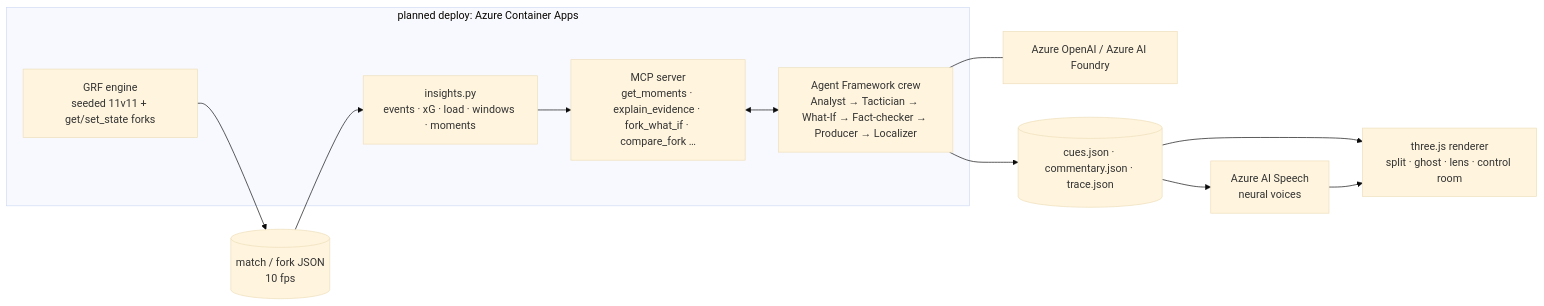
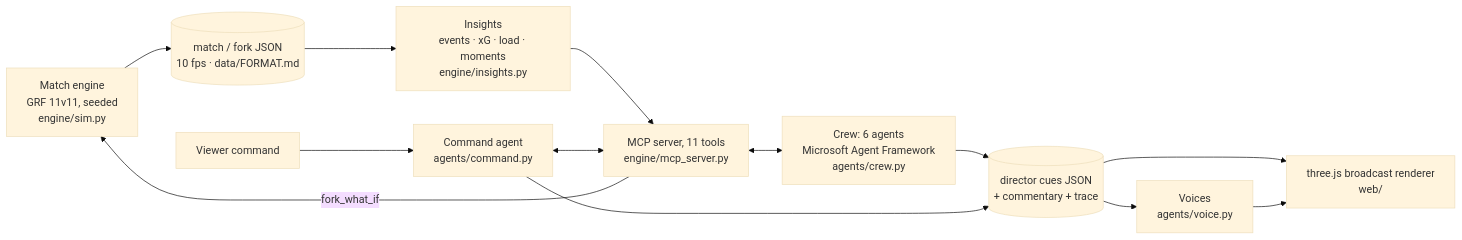
The diagram in README.md (Musti7even/counterplay), drawn with Mermaid (base theme) before and after one commit. The commit also changed other lines of this file, not shown here.

Commit message:
README: judge-friendly rewrite (pitch, links, commands, architecture, agents and MCP tools, trust rules, honest Microsoft tech status, criteria map, quickstart, limitations)

````diff
--- a/README.md
+++ b/README.md
@@ -19,18 +32,14 @@
 ```mermaid
 flowchart LR
-  GRF["GRF engine<br/>seeded 11v11 + get/set_state forks"] --> J[("match / fork JSON<br/>10 fps")]
-  J --> I["insights.py<br/>events · xG · load · windows · moments"]
-  I --> M["MCP server<br/>get_moments · explain_evidence · fork_what_if · compare_fork …"]
-  M <--> C["Agent Framework crew<br/>Analyst → Tactician → What-If → Fact-checker → Producer → Localizer"]
-  C --- AOAI["Azure OpenAI / Azure AI Foundry"]
-  C --> Q[("cues.json · commentary.json · trace.json")]
-  Q --> W["three.js renderer<br/>split · ghost · lens · control room"]
-  Q --> S["Azure AI Speech<br/>neural voices"]
-  S --> W
-  subgraph ACA["planned deploy: Azure Container Apps"]
-    GRF
-    I
-    M
-    C
-  end
+  E["Match engine<br/>GRF 11v11, seeded<br/>engine/sim.py"] --> J[("match / fork JSON<br/>10 fps · data/FORMAT.md")]
+  J --> I["Insights<br/>events · xG · load · moments<br/>engine/insights.py"]
+  I --> M["MCP server, 11 tools<br/>engine/mcp_server.py"]
+  M -- "fork_what_if" --> E
+  M <--> C["Crew: 6 agents<br/>Microsoft Agent Framework<br/>agents/crew.py"]
+  V["Viewer command"] --> K["Command agent<br/>agents/command.py"]
+  K <--> M
+  C --> Q[("director cues JSON<br/>+ commentary + trace")]
+  K --> Q
+  Q --> W["three.js broadcast renderer<br/>web/"]
+  Q --> S["Voices<br/>agents/voice.py"] --> W
 ```
````
